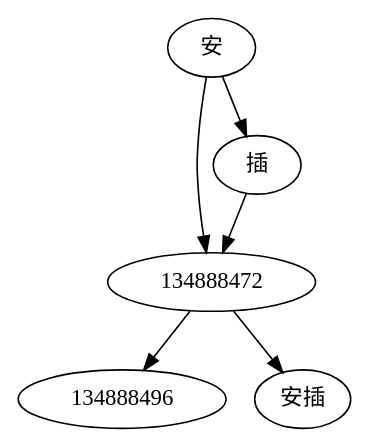
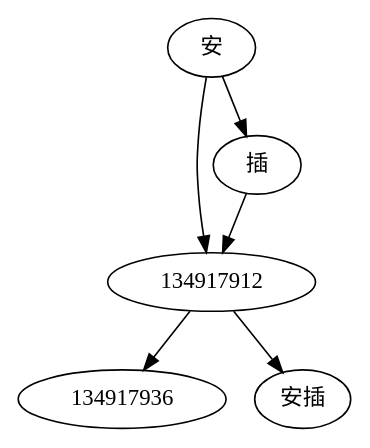
One commit to barnabuschen/nero changed the diagram in src/data/wordspic.dot. Above: the diagram before and after it, drawn with Graphviz. The commit also changed 580 other files, not shown here.

```diff
--- a/src/data/wordspic.dot
+++ b/src/data/wordspic.dot
@@ -1,9 +1,9 @@
 digraph graphname {
 
-	安 -> 134888472;
+	安 -> 134917912;
 	安 -> 插;
-	插 -> 134888472;
-	134888472 -> 134888496;
-	134888472 ->  安插;
+	插 -> 134917912;
+	134917912 -> 134917936;
+	134917912 ->  安插;
 
 }
```
